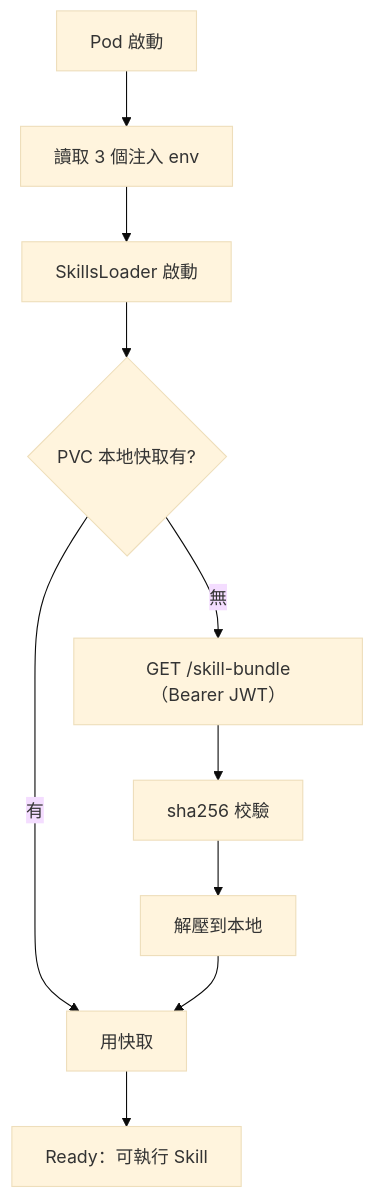
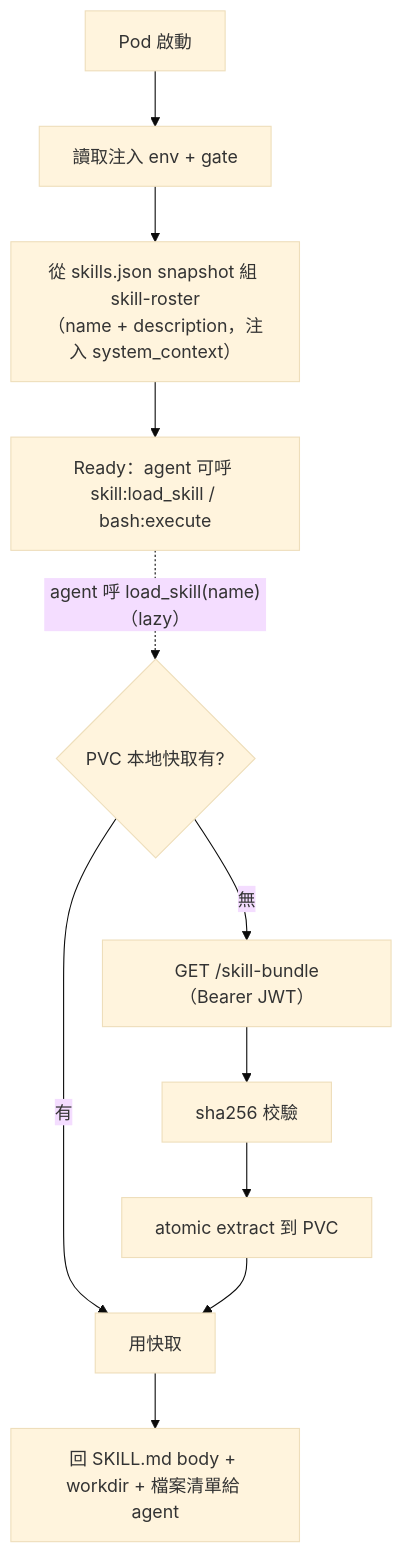
One commit to WOOWTECH/odoo-addon-woow-paas-platform changed the first of 4 diagrams in docs/guides/paas-skill-system/05-skill-runtime-lifecycle.md. Above: the diagram before and after it, drawn with Mermaid (base theme). The commit also changed other lines of this file and 7 other files, not shown here.

First line of the commit message:
docs: skill 知識庫對齊 Claude Code 執行模型 + bash sidecar

````diff
--- a/docs/guides/paas-skill-system/05-skill-runtime-lifecycle.md
+++ b/docs/guides/paas-skill-system/05-skill-runtime-lifecycle.md
@@ -22,12 +29,13 @@
 ```mermaid
 graph TB
-    START["Pod 啟動"] --> ENV["讀取 3 個注入 env"]
-    ENV --> LOADER["SkillsLoader 啟動"]
-    LOADER --> CHECK{"PVC 本地快取有?"}
+    START["Pod 啟動"] --> ENV["讀取注入 env + gate"]
+    ENV --> ROSTER["從 skills.json snapshot 組 skill-roster<br/>（name + description，注入 system_context）"]
+    ROSTER --> READY["Ready：agent 可呼 skill:load_skill / bash:execute"]
+    READY -.->|"agent 呼 load_skill(name)（lazy）"| CHECK{"PVC 本地快取有?"}
     CHECK -->|有| CACHED["用快取"]
     CHECK -->|無| FETCH["GET /skill-bundle（Bearer JWT）"]
     FETCH --> VERIFY["sha256 校驗"]
-    VERIFY --> UNZIP["解壓到本地"]
+    VERIFY --> UNZIP["atomic extract 到 PVC"]
     UNZIP --> CACHED
-    CACHED --> READY["Ready：可執行 Skill"]
+    CACHED --> BODY["回 SKILL.md body + workdir + 檔案清單給 agent"]
 ```
````
